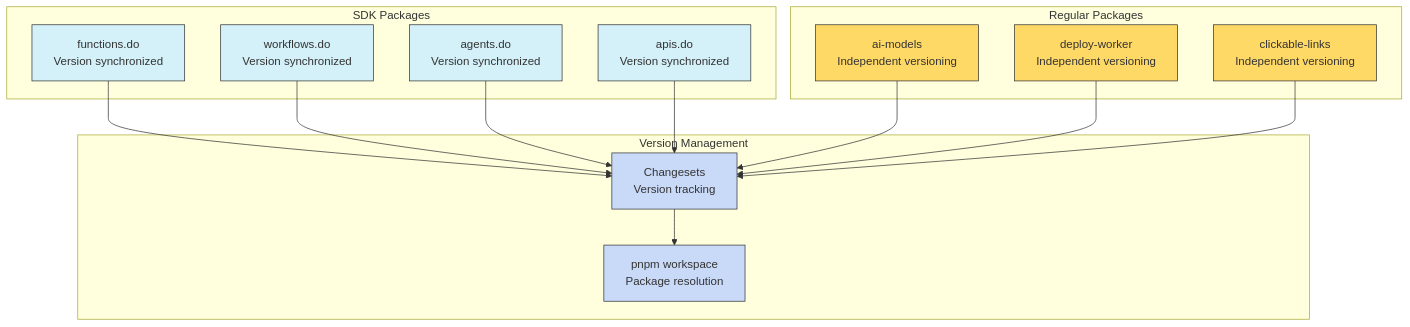
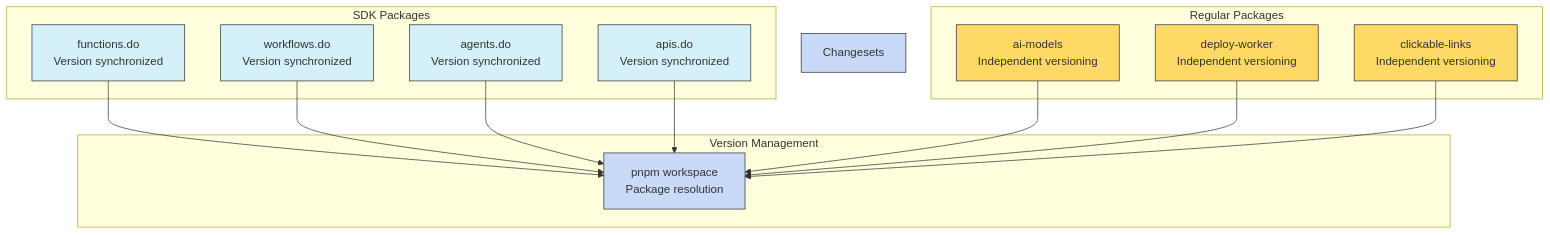
One commit to drivly/ai changed diagram 21 of 21 in docs/ARCHITECTURE.md. Above: the diagram before and after it, drawn with Mermaid. The commit also changed other lines of this file and 31 other files, not shown here.

````diff
--- a/docs/ARCHITECTURE.md
+++ b/docs/ARCHITECTURE.md
@@ -864,40 +864,37 @@
 ```mermaid
 graph TD
     subgraph "SDK Packages"
         FunctionsSDK["functions.do<br/>Version synchronized"]
         WorkflowsSDK["workflows.do<br/>Version synchronized"]
         AgentsSDK["agents.do<br/>Version synchronized"]
         APISDK["apis.do<br/>Version synchronized"]
     end
 
     subgraph "Regular Packages"
         AIModels["ai-models<br/>Independent versioning"]
         DeployWorker["deploy-worker<br/>Independent versioning"]
         ClickableLinks["clickable-links<br/>Independent versioning"]
     end
 
     subgraph "Version Management"
-        Changesets["Changesets<br/>Version tracking"]
         PNPMWorkspace["pnpm workspace<br/>Package resolution"]
     end
 
-    FunctionsSDK --> Changesets
-    WorkflowsSDK --> Changesets
-    AgentsSDK --> Changesets
-    APISDK --> Changesets
-    AIModels --> Changesets
-    DeployWorker --> Changesets
-    ClickableLinks --> Changesets
-
-    Changesets --> PNPMWorkspace
+    FunctionsSDK --> PNPMWorkspace
+    WorkflowsSDK --> PNPMWorkspace
+    AgentsSDK --> PNPMWorkspace
+    APISDK --> PNPMWorkspace
+    AIModels --> PNPMWorkspace
+    DeployWorker --> PNPMWorkspace
+    ClickableLinks --> PNPMWorkspace
 
     style FunctionsSDK fill:#d4f1f9,stroke:#333,stroke-width:1px
     style WorkflowsSDK fill:#d4f1f9,stroke:#333,stroke-width:1px
     style AgentsSDK fill:#d4f1f9,stroke:#333,stroke-width:1px
     style APISDK fill:#d4f1f9,stroke:#333,stroke-width:1px
     style AIModels fill:#ffd966,stroke:#333,stroke-width:1px
     style DeployWorker fill:#ffd966,stroke:#333,stroke-width:1px
     style ClickableLinks fill:#ffd966,stroke:#333,stroke-width:1px
     style Changesets fill:#c9daf8,stroke:#333,stroke-width:1px
     style PNPMWorkspace fill:#c9daf8,stroke:#333,stroke-width:1px
 ```
````
